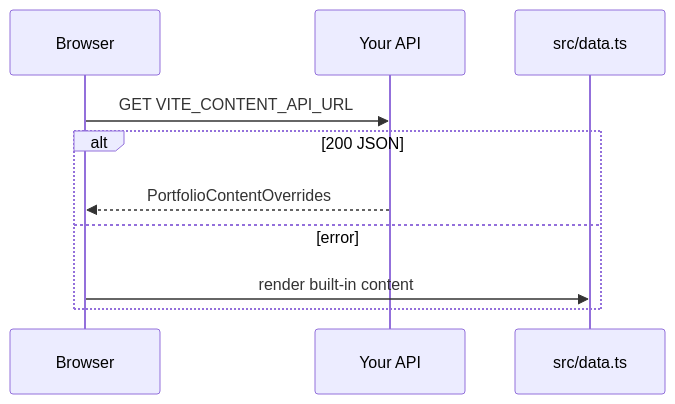
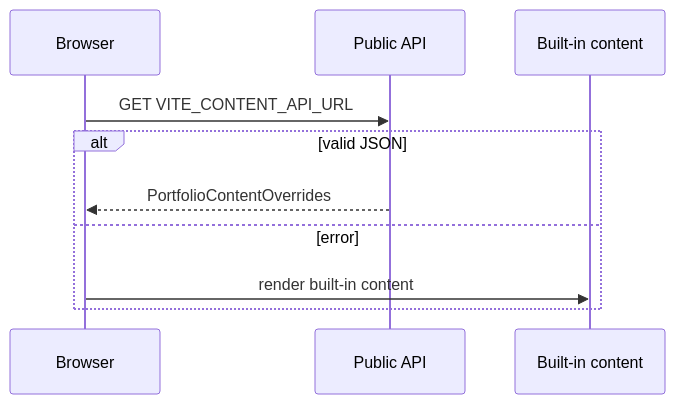
One commit to SidheshwarSarangal/portfoionew changed the fourth of 9 diagrams in docs/CONTENT_PROVIDERS.md. Above: the diagram before and after it, drawn with Mermaid. The commit also changed other lines of this file and 8 other files, not shown here.

````diff
--- a/docs/CONTENT_PROVIDERS.md
+++ b/docs/CONTENT_PROVIDERS.md
@@ -55,12 +56,12 @@
 ```mermaid
 sequenceDiagram
-  participant Browser
-  participant API as Your API
-  participant Fallback as src/data.ts
-  Browser->>API: GET VITE_CONTENT_API_URL
-  alt 200 JSON
-    API-->>Browser: PortfolioContentOverrides
+  participant UI as Browser
+  participant API as Public API
+  participant Fallback as Built-in content
+  UI->>API: GET VITE_CONTENT_API_URL
+  alt valid JSON
+    API-->>UI: PortfolioContentOverrides
   else error
-    Browser->>Fallback: render built-in content
+    UI->>Fallback: render built-in content
   end
 ```
````
